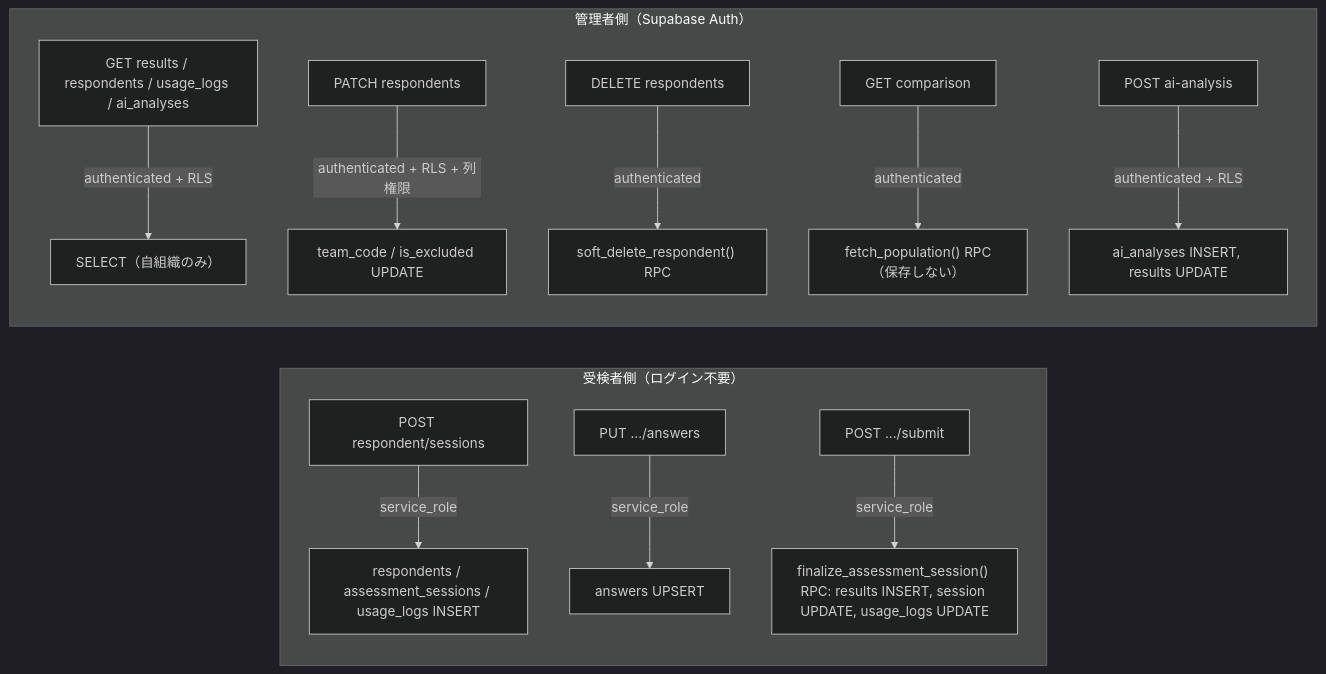
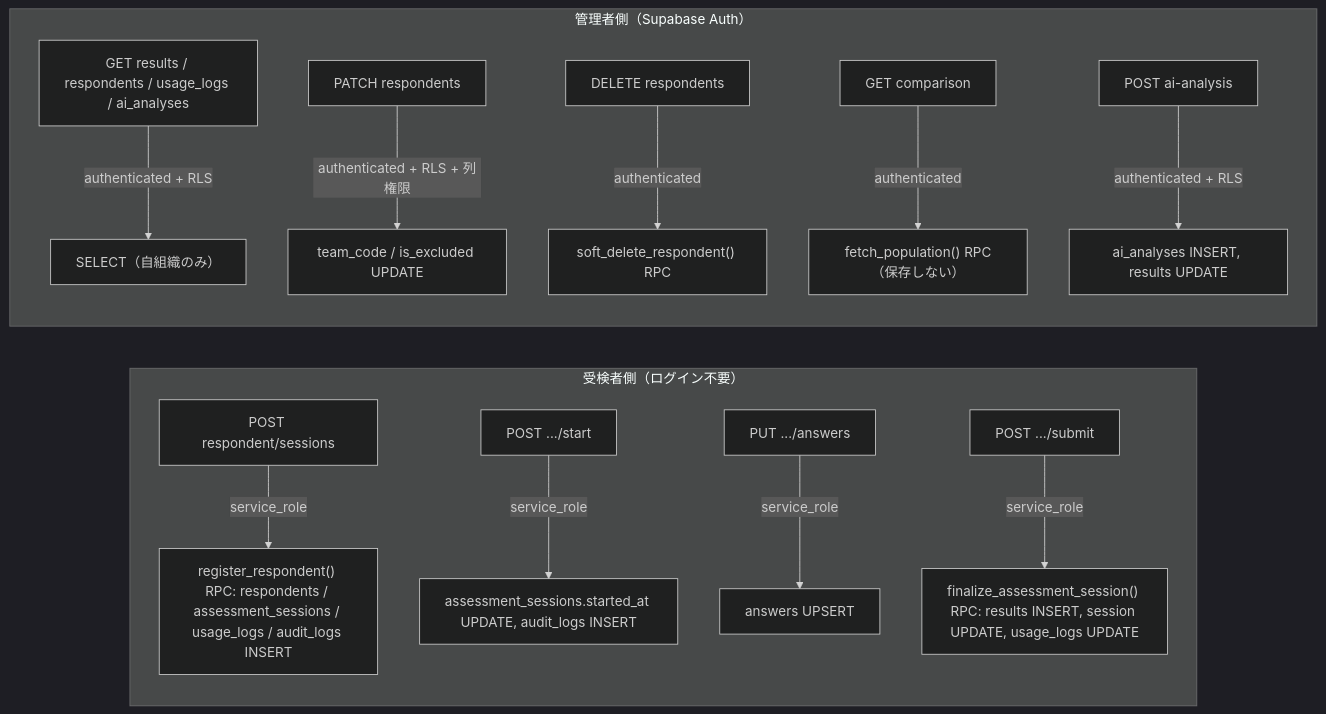
One commit to tanukichiyamaguchi/Tekisei-Kensa changed the second of 4 diagrams in docs/基本設計/02_データベース設計.md. Above: the diagram before and after it, drawn with Mermaid (dark theme). The commit also changed other lines of this file and 3 other files, not shown here.

````diff
--- a/docs/基本設計/02_データベース設計.md
+++ b/docs/基本設計/02_データベース設計.md
@@ -204,15 +204,16 @@
 ```mermaid
 flowchart LR
     subgraph respondentSide["受検者側（ログイン不要）"]
-        R1["POST respondent/sessions"] -->|service_role| T1["respondents / assessment_sessions / usage_logs INSERT"]
+        R1["POST respondent/sessions"] -->|service_role| T1["register_respondent() RPC: respondents / assessment_sessions / usage_logs / audit_logs INSERT"]
+        R0["POST .../start"] -->|service_role| T0["assessment_sessions.started_at UPDATE, audit_logs INSERT"]
         R2["PUT .../answers"] -->|service_role| T2["answers UPSERT"]
         R3["POST .../submit"] -->|service_role| T3["finalize_assessment_session() RPC: results INSERT, session UPDATE, usage_logs UPDATE"]
     end
     subgraph adminSide["管理者側（Supabase Auth）"]
         A1["GET results / respondents / usage_logs / ai_analyses"] -->|authenticated + RLS| T4["SELECT（自組織のみ）"]
         A2["PATCH respondents"] -->|authenticated + RLS + 列権限| T5["team_code / is_excluded UPDATE"]
         A3["DELETE respondents"] -->|authenticated| T6["soft_delete_respondent() RPC"]
         A4["GET comparison"] -->|authenticated| T7["fetch_population() RPC（保存しない）"]
         A5["POST ai-analysis"] -->|authenticated + RLS| T8["ai_analyses INSERT, results UPDATE"]
     end
 ```
````
